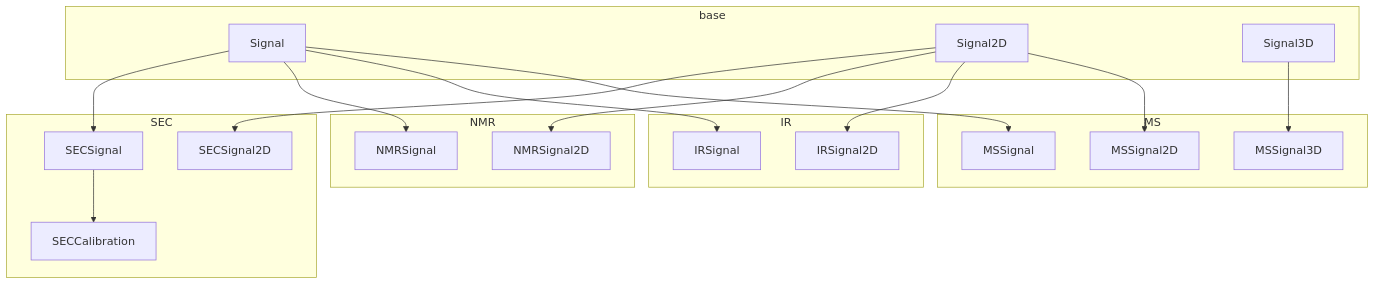
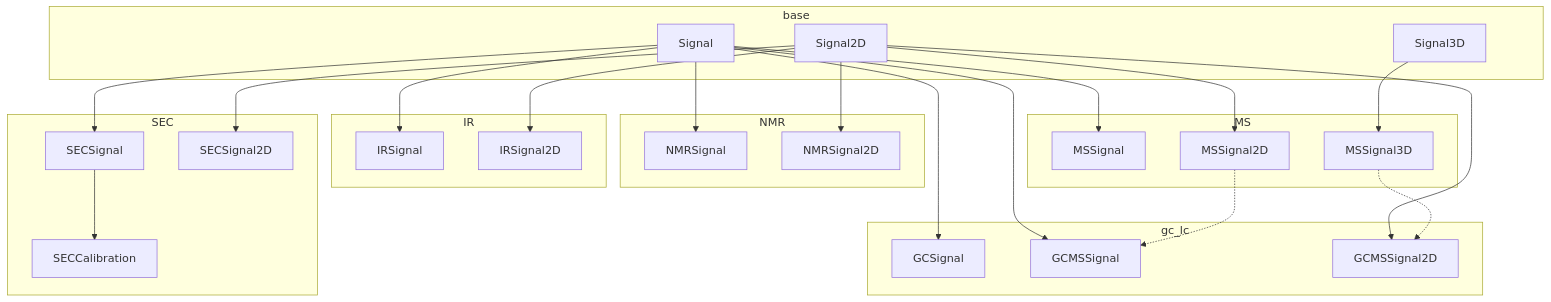
One commit to dylanwal/chem_analysis changed the second of 3 diagrams in chem_analysis/README.md. Above: the diagram before and after it, drawn with Mermaid. The commit also changed other lines of this file and 21 other files, not shown here.

````diff
--- a/chem_analysis/README.md
+++ b/chem_analysis/README.md
@@ -15,30 +15,39 @@
 ```mermaid
 flowchart TB
     subgraph base
     Signal 
     Signal2D
     Signal3D
     end
-
-    subgraph SEC
-    Signal --> SECSignal
-    Signal2D --> SECSignal2D
-    SECSignal --> SECCalibration 
-    end
-
+ 
     subgraph NMR
     Signal --> NMRSignal
     Signal2D --> NMRSignal2D
     end
 
     subgraph IR
     Signal --> IRSignal
     Signal2D --> IRSignal2D
     end
-
+    
     subgraph MS
-    Signal --> MSSignal
+    Signal  --> MSSignal
     Signal2D --> MSSignal2D
     Signal3D --> MSSignal3D
     end
+        
+    subgraph SEC
+    Signal --> SECSignal
+    Signal2D --> SECSignal2D
+    SECSignal --> SECCalibration 
+    end
+    
+    subgraph gc_lc
+        Signal --> GCSignal
+        Signal --> GCMSSignal
+        MSSignal2D -.-> GCMSSignal
+        Signal2D --> GCMSSignal2D
+        MSSignal3D -.-> GCMSSignal2D
+    end
+
 ```
````
